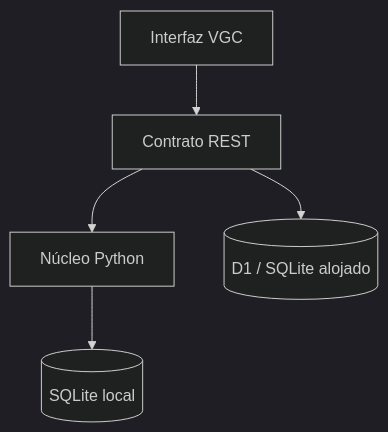
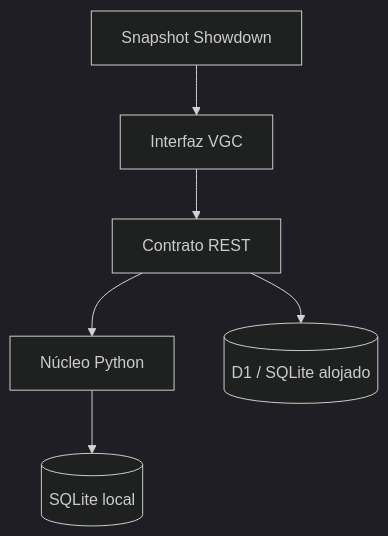
One commit to Iesyo/pkmn changed the diagram in docs/architecture.md. Above: the diagram before and after it, drawn with Mermaid (dark theme). The commit also changed other lines of this file and 10 other files, not shown here.

````diff
--- a/docs/architecture.md
+++ b/docs/architecture.md
@@ -11,7 +11,8 @@
 ```mermaid
 flowchart TD
     UI[Interfaz VGC] --> API[Contrato REST]
+    DEX[Snapshot Showdown] --> UI
     API --> PY[Núcleo Python]
     PY --> SQL[(SQLite local)]
     API --> D1[(D1 / SQLite alojado)]
 ```
````
